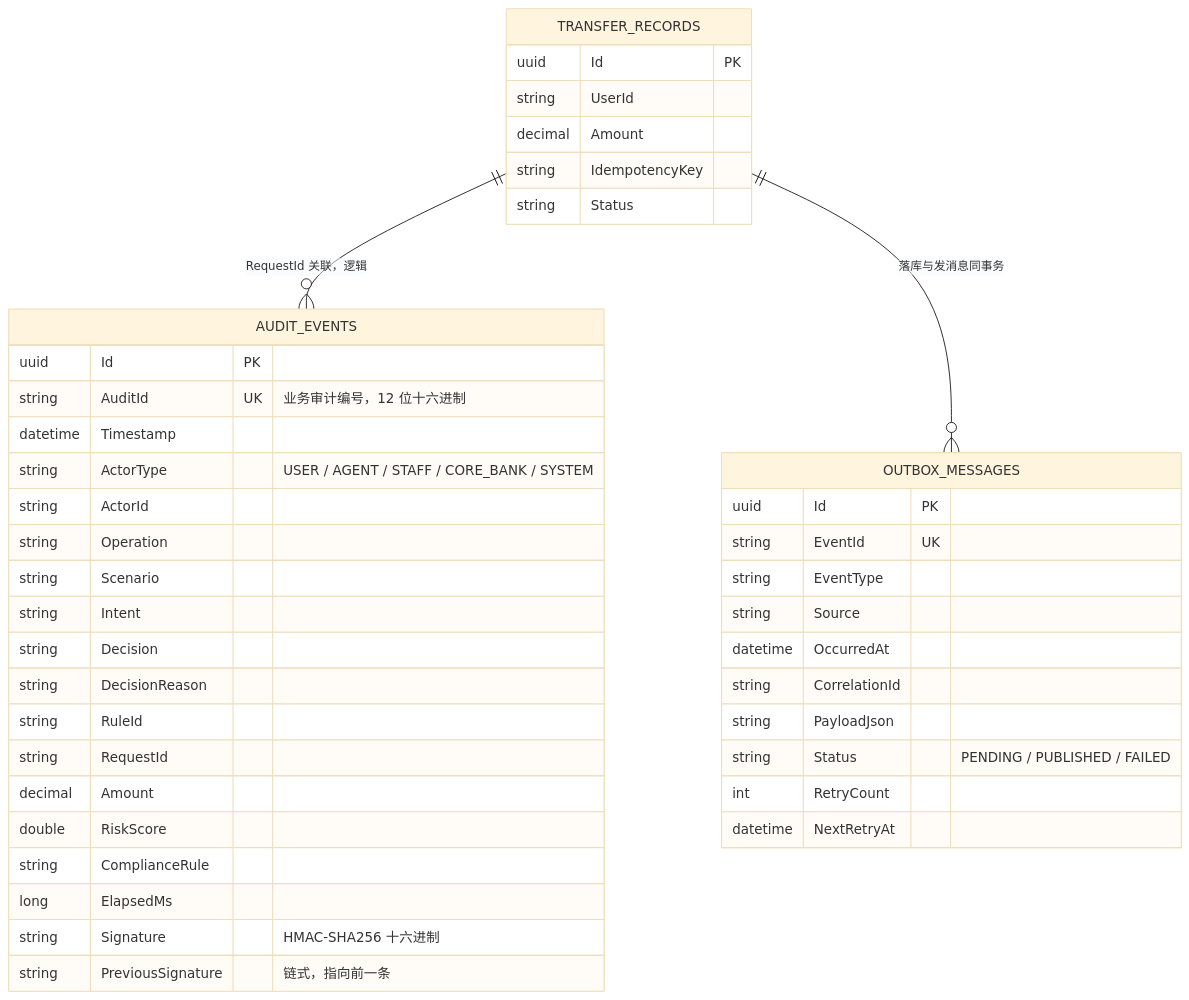
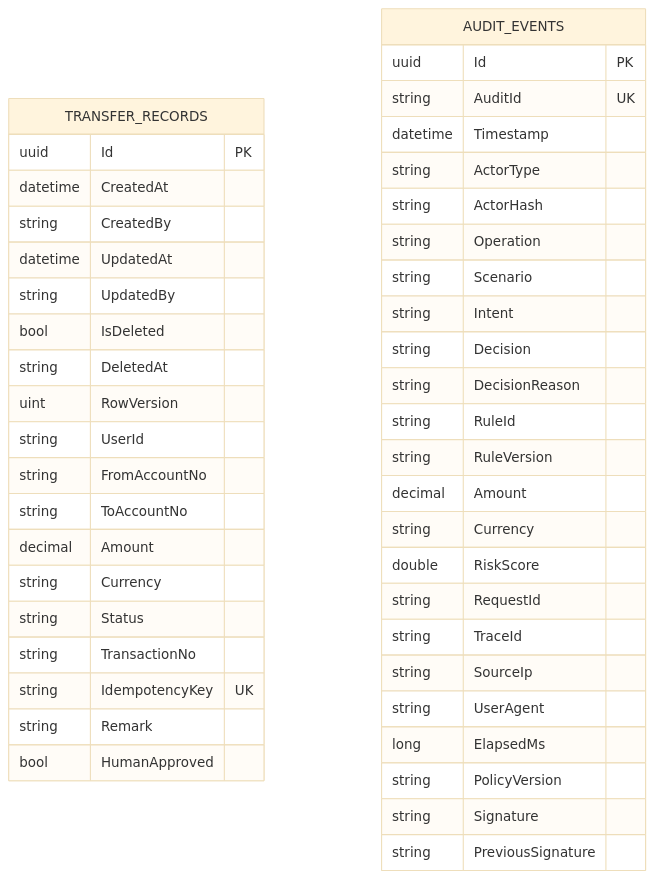
Before and after one commit to seevwis43825/ATM: the first of 2 diagrams in docs/09-uml/04-data-model.md, drawn with Mermaid (base theme). The commit also changed other lines of this file and 1 other file, not shown here.

````diff
--- a/docs/09-uml/04-data-model.md
+++ b/docs/09-uml/04-data-model.md
@@ -721,44 +27,49 @@
 ```mermaid
 erDiagram
     TRANSFER_RECORDS {
         uuid Id PK
+        datetime CreatedAt
+        string CreatedBy
+        datetime UpdatedAt
+        string UpdatedBy
+        bool IsDeleted
+        string DeletedAt
+        uint RowVersion
         string UserId
+        string FromAccountNo
+        string ToAccountNo
         decimal Amount
-        string IdempotencyKey
+        string Currency
         string Status
+        string TransactionNo
+        string IdempotencyKey UK
+        string Remark
+        bool HumanApproved
     }
+
     AUDIT_EVENTS {
         uuid Id PK
-        string AuditId UK "业务审计编号，12 位十六进制"
+        string AuditId UK
         datetime Timestamp
-        string ActorType "USER / AGENT / STAFF / CORE_BANK / SYSTEM"
-        string ActorId
+        string ActorType
+        string ActorHash
         string Operation
         string Scenario
         string Intent
         string Decision
         string DecisionReason
         string RuleId
+        string RuleVersion
+        decimal Amount
+        string Currency
+        double RiskScore
         string RequestId
-        decimal Amount
-        double RiskScore
-        string ComplianceRule
+        string TraceId
+        string SourceIp
+        string UserAgent
         long ElapsedMs
-        string Signature "HMAC-SHA256 十六进制"
-        string PreviousSignature "链式，指向前一条"
+        string PolicyVersion
+        string Signature
+        string PreviousSignature
     }
-    OUTBOX_MESSAGES {
-        uuid Id PK
-        string EventId UK
-        string EventType
-        string Source
-        datetime OccurredAt
-        string CorrelationId
-        string PayloadJson
-        string Status "PENDING / PUBLISHED / FAILED"
-        int RetryCount
-        datetime NextRetryAt
-    }
-    TRANSFER_RECORDS ||--o{ AUDIT_EVENTS : "RequestId 关联，逻辑"
-    TRANSFER_RECORDS ||--o{ OUTBOX_MESSAGES : "落库与发消息同事务"
 ```
````
